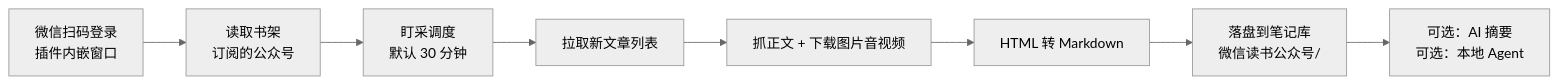
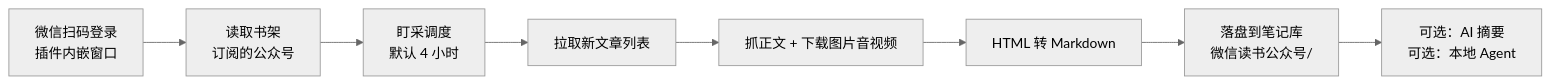
Before and after one commit to pixelxzen/Zisuzi-Weread-MP: the diagram in README.md, drawn with Mermaid (neutral theme). The commit also changed other lines of this file and 7 other files, not shown here.

````diff
--- a/README.md
+++ b/README.md
@@ -72,10 +72,10 @@
 ```mermaid
 flowchart LR
   A["微信扫码登录<br/>插件内嵌窗口"] --> B["读取书架<br/>订阅的公众号"]
-  B --> C["盯采调度<br/>默认 30 分钟"]
+  B --> C["盯采调度<br/>默认 4 小时"]
   C --> D["拉取新文章列表"]
   D --> E["抓正文 + 下载图片音视频"]
   E --> F["HTML 转 Markdown"]
   F --> G["落盘到笔记库<br/>微信读书公众号/"]
   G --> H["可选：AI 摘要<br/>可选：本地 Agent"]
 ```
````
